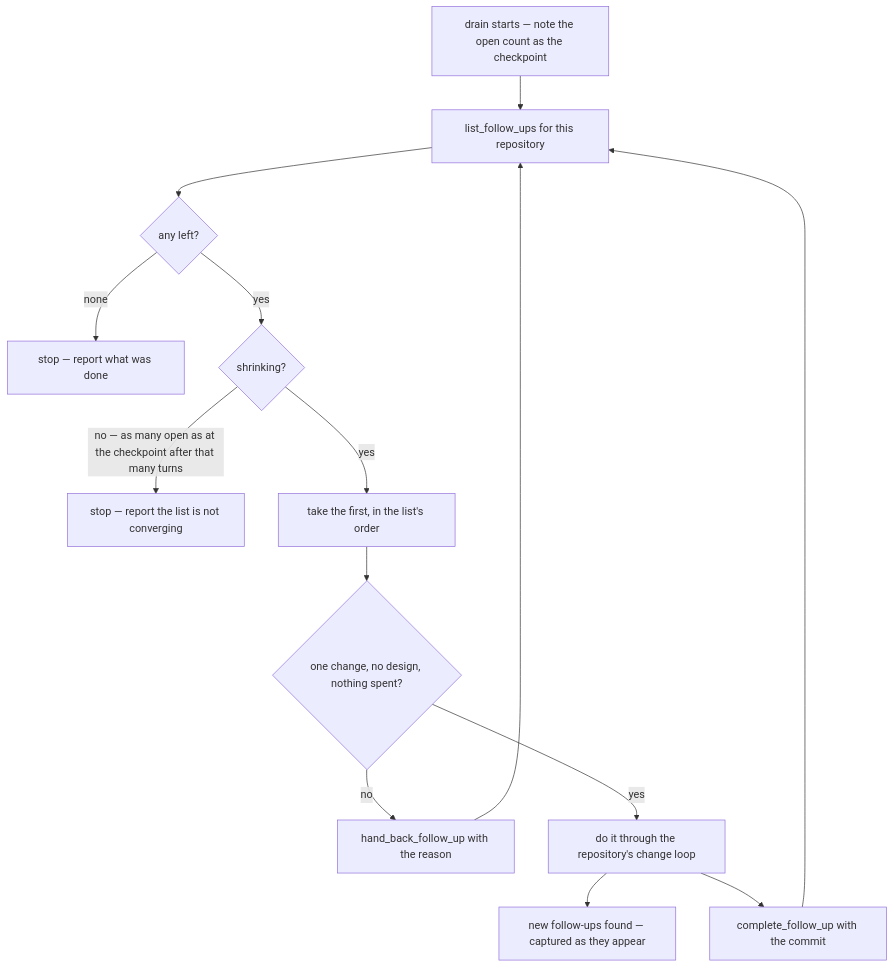
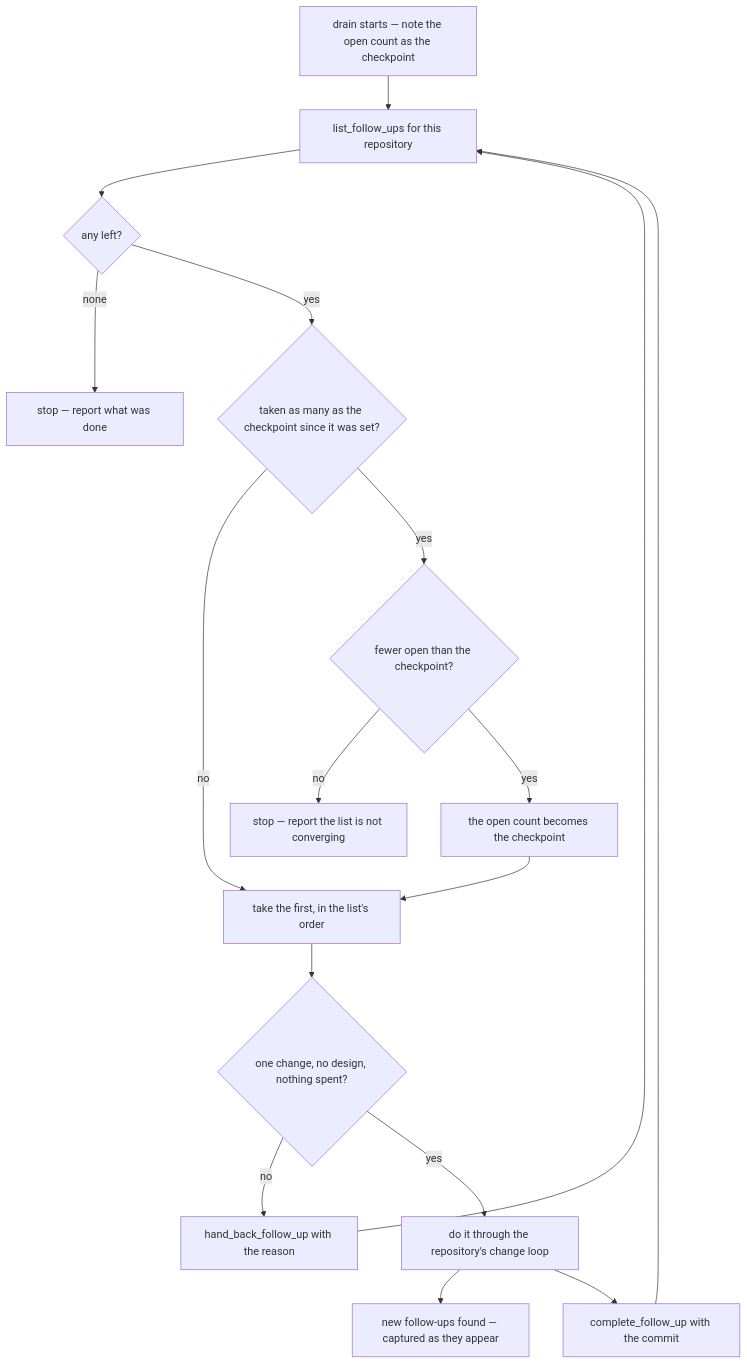
One commit to Esposter/Esposter changed the diagram in apps/web/content/docs/proposals/resource/todolist-agent-follow-ups/drain.md. Above: the diagram before and after it, drawn with Mermaid.

Commit message:
docs(resource): gate the drain diagram's convergence check on a checkpoint-sized batch
The flowchart compared the open count on every turn; the stop rule compares only once as many follow-ups as the checkpoint have been taken since it was set, and a shrinking count becomes the new checkpoint.

Answers: 4128401195

````diff
--- a/apps/web/content/docs/proposals/resource/todolist-agent-follow-ups/drain.md
+++ b/apps/web/content/docs/proposals/resource/todolist-agent-follow-ups/drain.md
@@ -13,16 +13,19 @@
 ```mermaid
 flowchart TD
   START["drain starts — note the open count as the checkpoint"] --> LIST["list_follow_ups for this repository"]
   LIST --> EMPTY{"any left?"}
   EMPTY -->|"none"| DONE["stop — report what was done"]
-  EMPTY -->|"yes"| CONV{"shrinking?"}
-  CONV -->|"no — as many open as at the checkpoint after that many turns"| STALL["stop — report the list is not converging"]
-  CONV -->|"yes"| TAKE["take the first, in the list's order"]
+  EMPTY -->|"yes"| DUE{"taken as many as the checkpoint since it was set?"}
+  DUE -->|"no"| TAKE["take the first, in the list's order"]
+  DUE -->|"yes"| CONV{"fewer open than the checkpoint?"}
+  CONV -->|"no"| STALL["stop — report the list is not converging"]
+  CONV -->|"yes"| RESET["the open count becomes the checkpoint"]
+  RESET --> TAKE
   TAKE --> FITS{"one change, no design, nothing spent?"}
   FITS -->|"no"| BACK["hand_back_follow_up with the reason"]
   FITS -->|"yes"| WORK["do it through the repository's change loop"]
   WORK --> FOUND["new follow-ups found — captured as they appear"]
   WORK --> TICK["complete_follow_up with the commit"]
   BACK --> LIST
   TICK --> LIST
 ```
````
